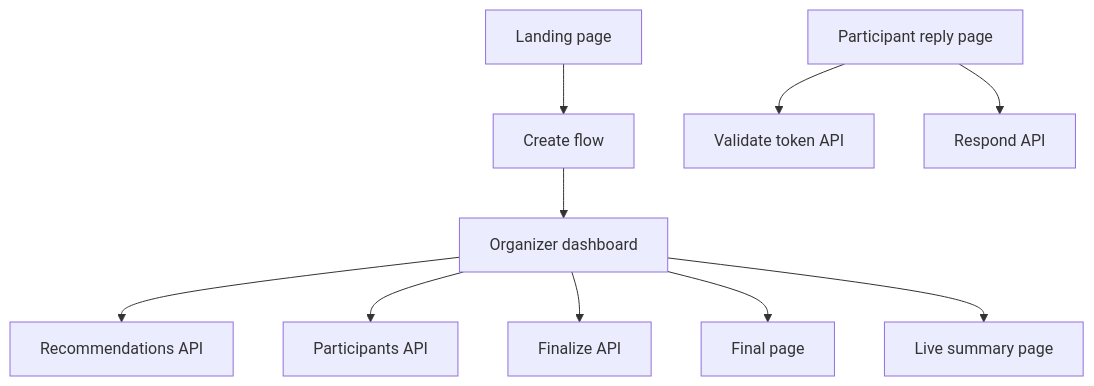
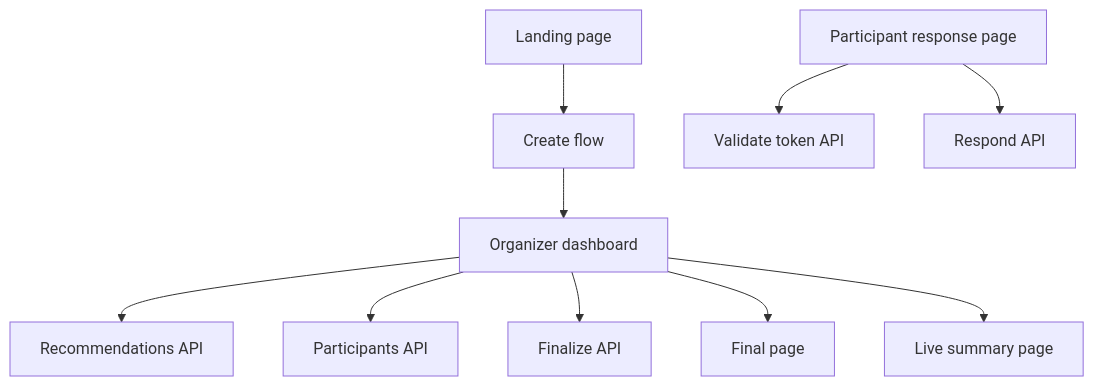
The second of 4 diagrams in TRD.md (anxkhn/togoo), drawn with Mermaid before and after one commit. The commit also changed other lines of this file and 29 other files, not shown here.

````diff
--- a/TRD.md
+++ b/TRD.md
@@ -36,12 +36,12 @@
 ```mermaid
 flowchart TD
     A[Landing page] --> B[Create flow]
     B --> C[Organizer dashboard]
     C --> D[Recommendations API]
     C --> E[Participants API]
     C --> F[Finalize API]
-    G[Participant reply page] --> H[Validate token API]
+    G[Participant response page] --> H[Validate token API]
     G --> I[Respond API]
     C --> J[Final page]
     C --> K[Live summary page]
 ```
````
